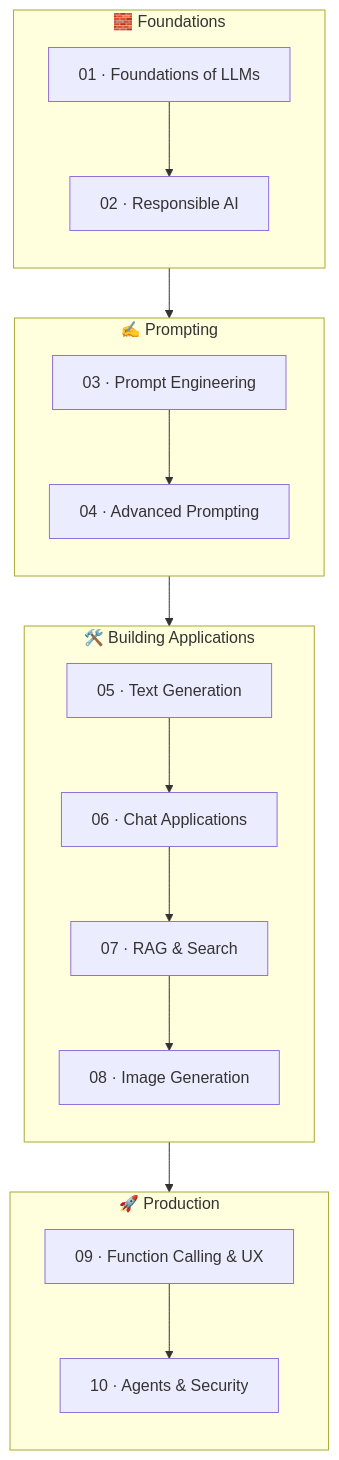
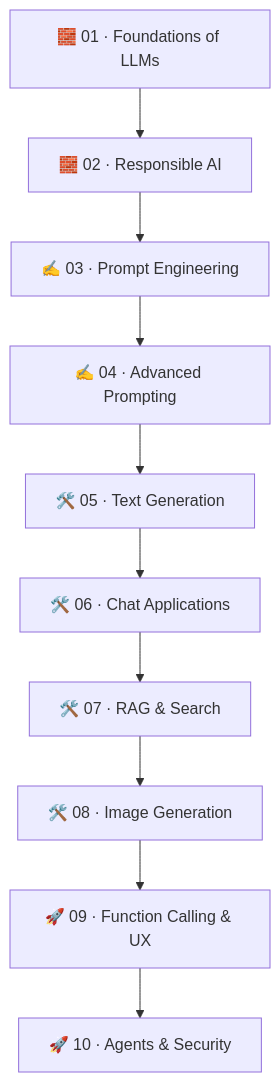
Before and after one commit to panteamkhh/llm-engineering-lab: the diagram in README.md, drawn with Mermaid.

Commit message:
docs: fix learning path arrow overlap with clean vertical chain

````diff
--- a/README.md
+++ b/README.md
@@ -72,28 +72,8 @@
 ```mermaid
 flowchart TD
-    subgraph P1["🧱 Foundations"]
-        direction TB
-        A1["01 · Foundations of LLMs"] --> A2["02 · Responsible AI"]
-    end
-
-    subgraph P2["✍️ Prompting"]
-        direction TB
-        B1["03 · Prompt Engineering"] --> B2["04 · Advanced Prompting"]
-    end
-
-    subgraph P3["🛠️ Building Applications"]
-        direction TB
-        C1["05 · Text Generation"] --> C2["06 · Chat Applications"]
-        C2 --> C3["07 · RAG & Search"]
-        C3 --> C4["08 · Image Generation"]
-    end
-
-    subgraph P4["🚀 Production"]
-        direction TB
-        D1["09 · Function Calling & UX"] --> D2["10 · Agents & Security"]
-    end
-
-    A2 --> B1
-    B2 --> C1
-    C4 --> D1
+    A1["🧱 01 · Foundations of LLMs"] --> A2["🧱 02 · Responsible AI"]
+    A2 --> B1["✍️ 03 · Prompt Engineering"] --> B2["✍️ 04 · Advanced Prompting"]
+    B2 --> C1["🛠️ 05 · Text Generation"] --> C2["🛠️ 06 · Chat Applications"]
+    C2 --> C3["🛠️ 07 · RAG & Search"] --> C4["🛠️ 08 · Image Generation"]
+    C4 --> D1["🚀 09 · Function Calling & UX"] --> D2["🚀 10 · Agents & Security"]
 ```
````
